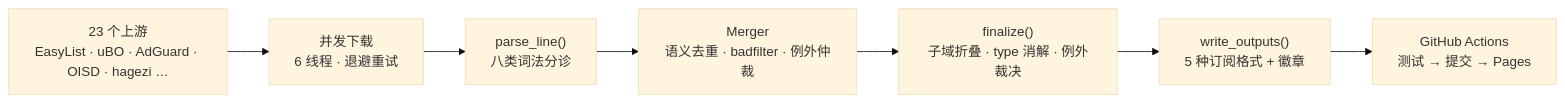
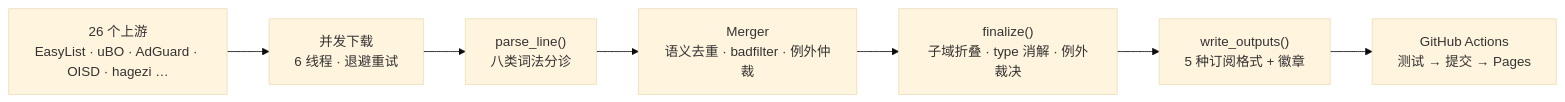
One commit to wansheng8/LJGZ changed the diagram in README.md. Above: the diagram before and after it, drawn with Mermaid (base theme). The commit also changed other lines of this file and 17 other files, not shown here.

````diff
--- a/README.md
+++ b/README.md
@@ -51,12 +51,12 @@
 ```mermaid
 flowchart LR
-    A["23 个上游<br/>EasyList · uBO · AdGuard · OISD · hagezi …"]
+    A["26 个上游<br/>EasyList · uBO · AdGuard · OISD · hagezi …"]
     B["并发下载<br/>6 线程 · 退避重试"]
     C["parse_line()<br/>八类词法分诊"]
     D["Merger<br/>语义去重 · badfilter · 例外仲裁"]
     E["finalize()<br/>子域折叠 · type 消解 · 例外裁决"]
     F["write_outputs()<br/>5 种订阅格式 + 徽章"]
     G["GitHub Actions<br/>测试 → 提交 → Pages"]
 
     A --> B --> C --> D --> E --> F --> G
 ```
````
